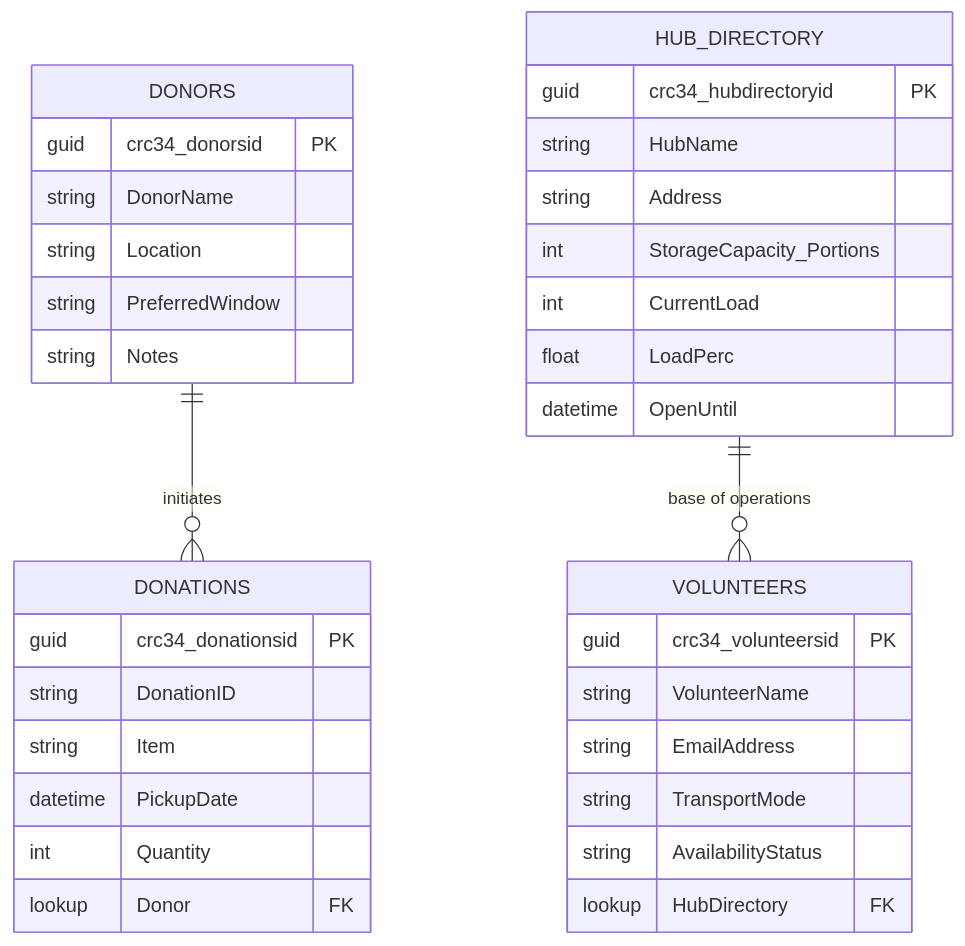
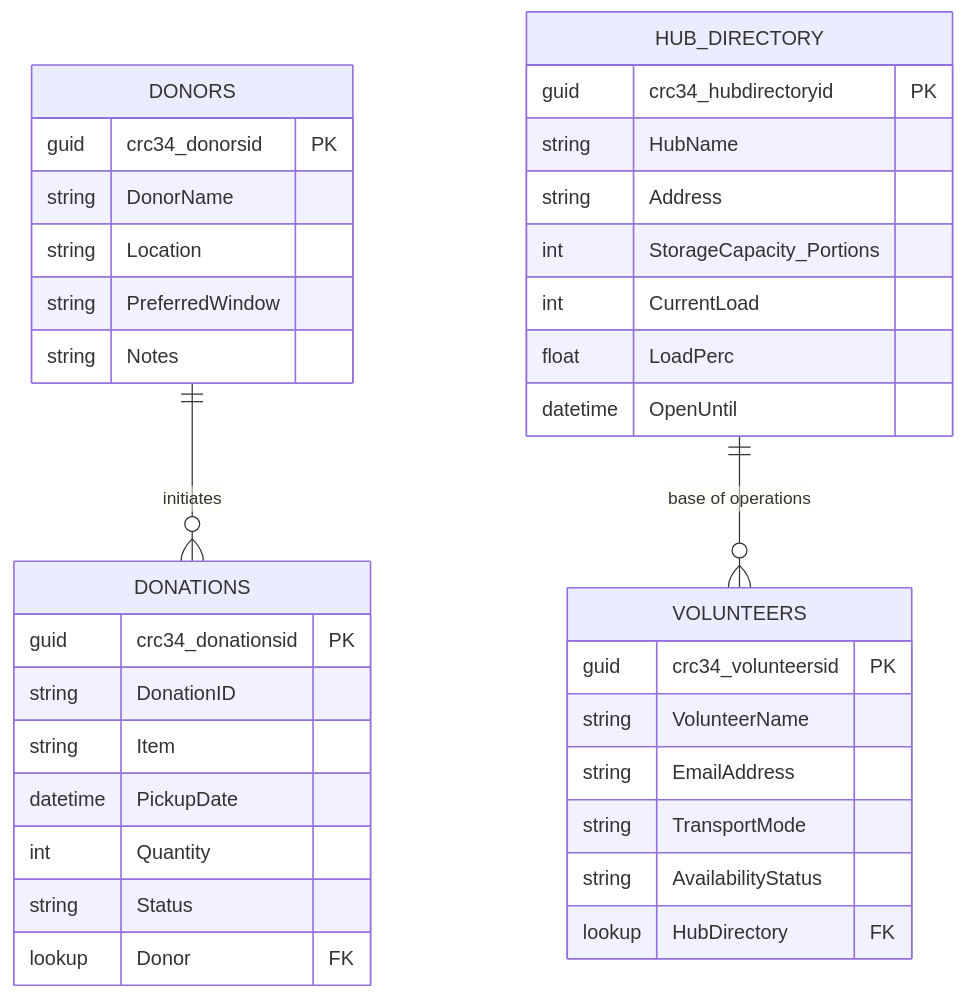
One commit to manuelpsnunes/ai-for-good-agent-pathway changed the diagram in 00-Setup/database.md. Above: the diagram before and after it, drawn with Mermaid. The commit also changed other lines of this file and 9 other files, not shown here.

````diff
--- a/00-Setup/database.md
+++ b/00-Setup/database.md
@@ -30,41 +52,42 @@
 ```mermaid
 erDiagram
     DONORS ||--o{ DONATIONS : "initiates"
     HUB_DIRECTORY ||--o{ VOLUNTEERS : "base of operations"
     
     DONORS {
         guid crc34_donorsid PK
         string DonorName
         string Location
         string PreferredWindow
         string Notes
     }
 
     DONATIONS {
         guid crc34_donationsid PK
         string DonationID
         string Item
         datetime PickupDate
         int Quantity
+        string Status
         lookup Donor FK
     }
 
     HUB_DIRECTORY {
         guid crc34_hubdirectoryid PK
         string HubName
         string Address
         int StorageCapacity_Portions
         int CurrentLoad
         float LoadPerc
         datetime OpenUntil
     }
 
     VOLUNTEERS {
         guid crc34_volunteersid PK
         string VolunteerName
         string EmailAddress
         string TransportMode
         string AvailabilityStatus
         lookup HubDirectory FK
     }
 ```
````
